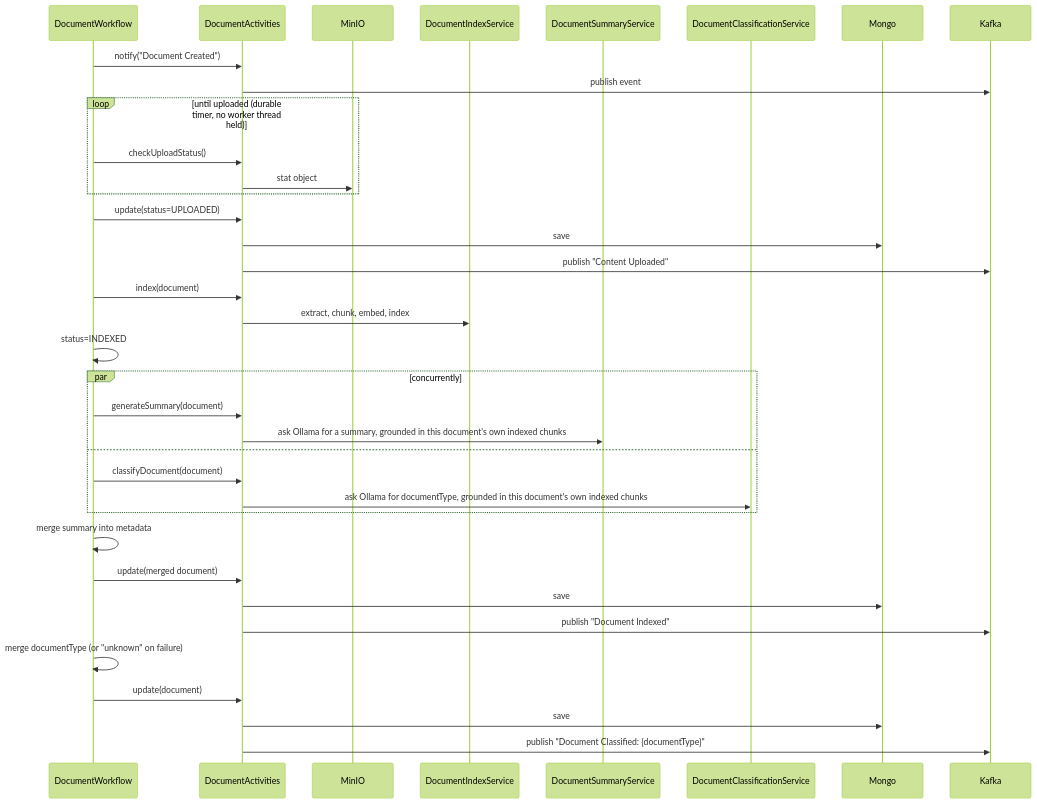
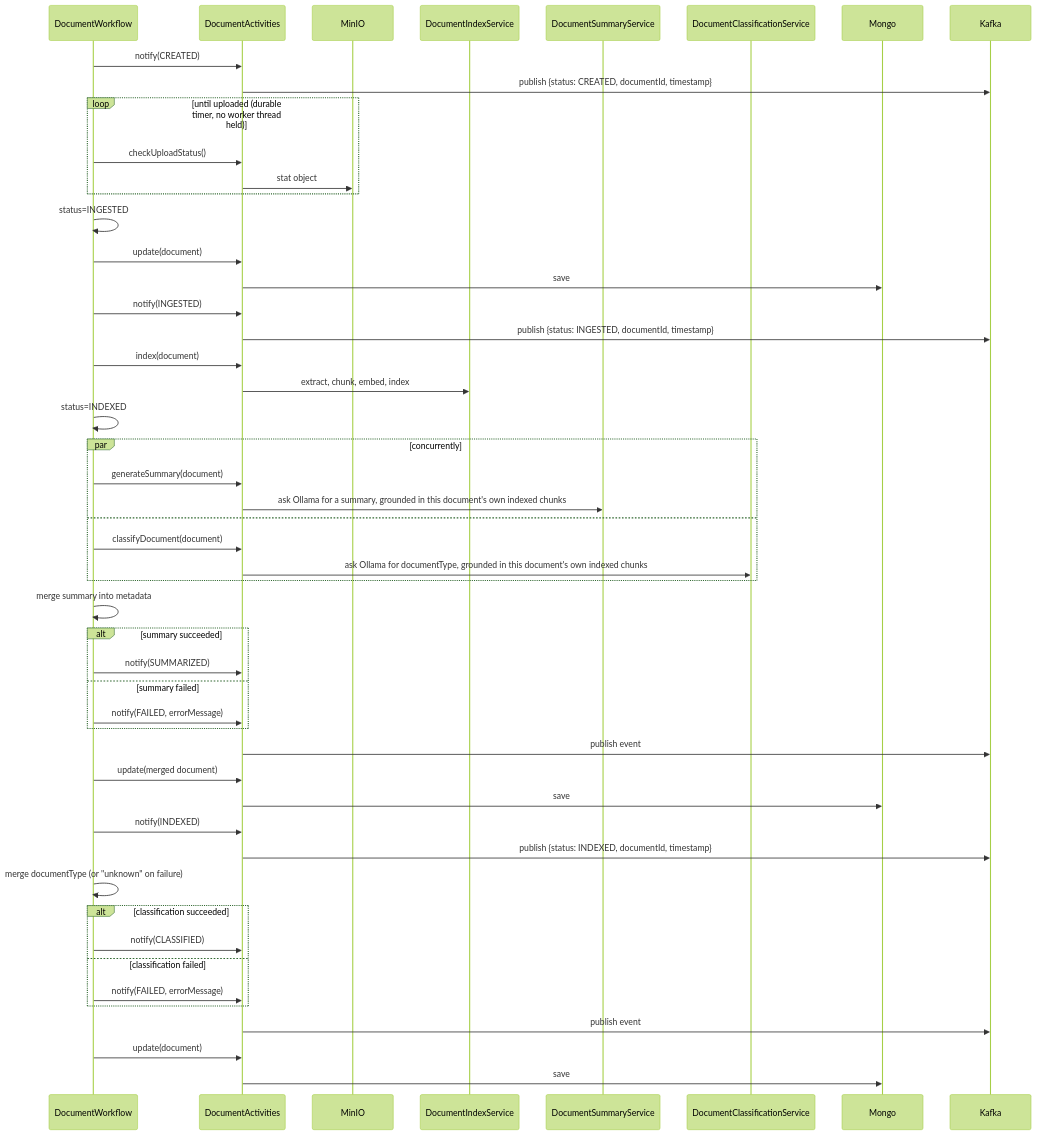
The fourth of 4 diagrams in docs/ARCHITECTURE.md (kamranzafar/docman-ai), drawn with Mermaid (forest theme) before and after one commit. The commit also changed other lines of this file and 2 other files, not shown here.

Commit message:
update documentation with kafka related changes

````diff
--- a/docs/ARCHITECTURE.md
+++ b/docs/ARCHITECTURE.md
@@ -107,39 +113,53 @@
 ```mermaid
 sequenceDiagram
     participant WF as DocumentWorkflow
     participant Act as DocumentActivities
     participant MinIO
     participant Idx as DocumentIndexService
     participant Sum as DocumentSummaryService
     participant Cls as DocumentClassificationService
     participant Mongo
     participant Kafka
 
-    WF->>Act: notify("Document Created")
-    Act->>Kafka: publish event
+    WF->>Act: notify(CREATED)
+    Act->>Kafka: publish {status: CREATED, documentId, timestamp}
     loop until uploaded (durable timer, no worker thread held)
         WF->>Act: checkUploadStatus()
         Act->>MinIO: stat object
     end
-    WF->>Act: update(status=UPLOADED)
+    WF->>WF: status=INGESTED
+    WF->>Act: update(document)
     Act->>Mongo: save
-    Act->>Kafka: publish "Content Uploaded"
+    WF->>Act: notify(INGESTED)
+    Act->>Kafka: publish {status: INGESTED, documentId, timestamp}
     WF->>Act: index(document)
     Act->>Idx: extract, chunk, embed, index
     WF->>WF: status=INDEXED
     par concurrently
         WF->>Act: generateSummary(document)
         Act->>Sum: ask Ollama for a summary, grounded in this document's own indexed chunks
     and
         WF->>Act: classifyDocument(document)
         Act->>Cls: ask Ollama for documentType, grounded in this document's own indexed chunks
     end
     WF->>WF: merge summary into metadata
+    alt summary succeeded
+        WF->>Act: notify(SUMMARIZED)
+    else summary failed
+        WF->>Act: notify(FAILED, errorMessage)
+    end
+    Act->>Kafka: publish event
     WF->>Act: update(merged document)
     Act->>Mongo: save
-    Act->>Kafka: publish "Document Indexed"
+    WF->>Act: notify(INDEXED)
+    Act->>Kafka: publish {status: INDEXED, documentId, timestamp}
     WF->>WF: merge documentType (or "unknown" on failure)
+    alt classification succeeded
+        WF->>Act: notify(CLASSIFIED)
+    else classification failed
+        WF->>Act: notify(FAILED, errorMessage)
+    end
+    Act->>Kafka: publish event
     WF->>Act: update(document)
     Act->>Mongo: save
-    Act->>Kafka: publish "Document Classified: {documentType}"
 ```
````
